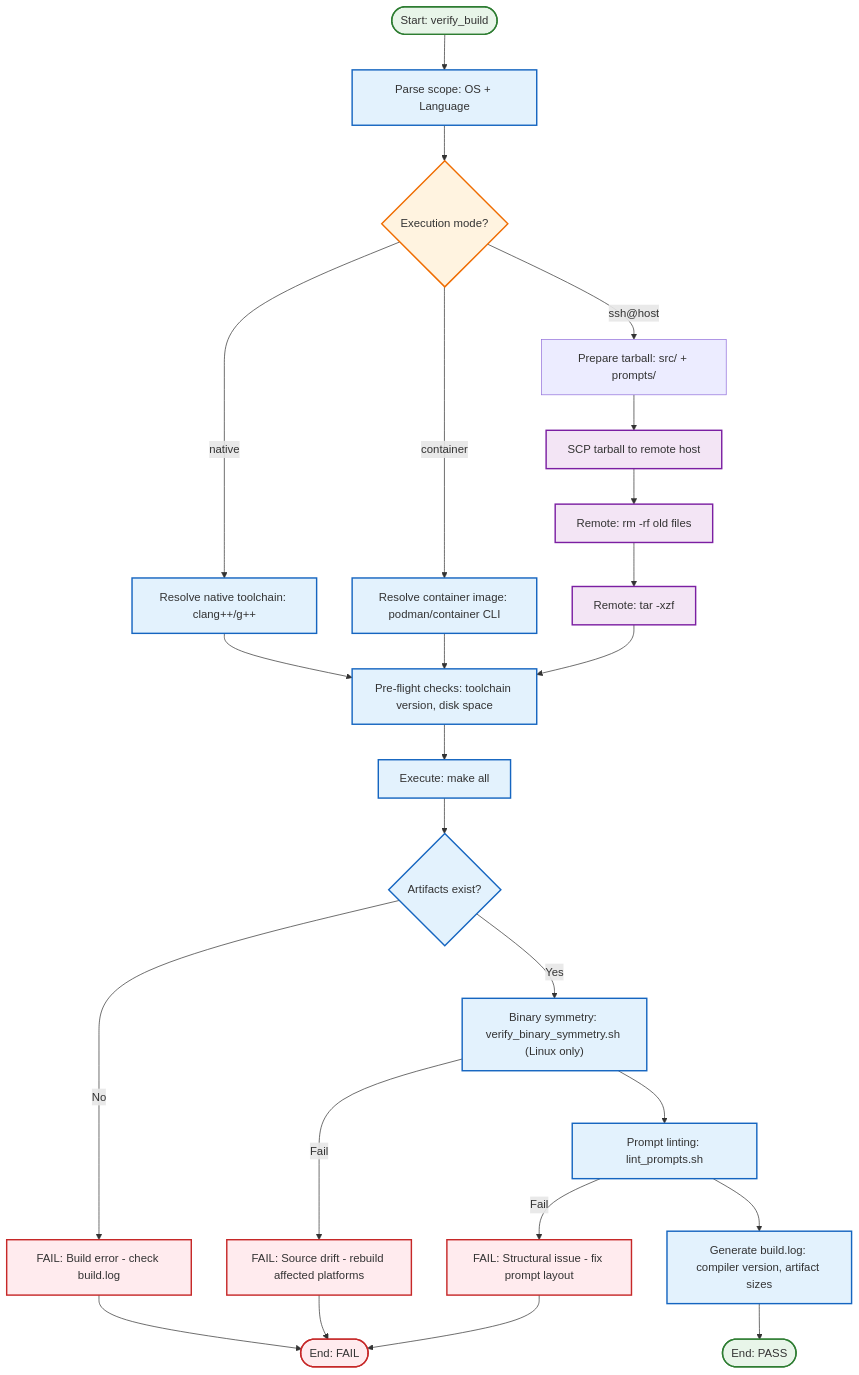
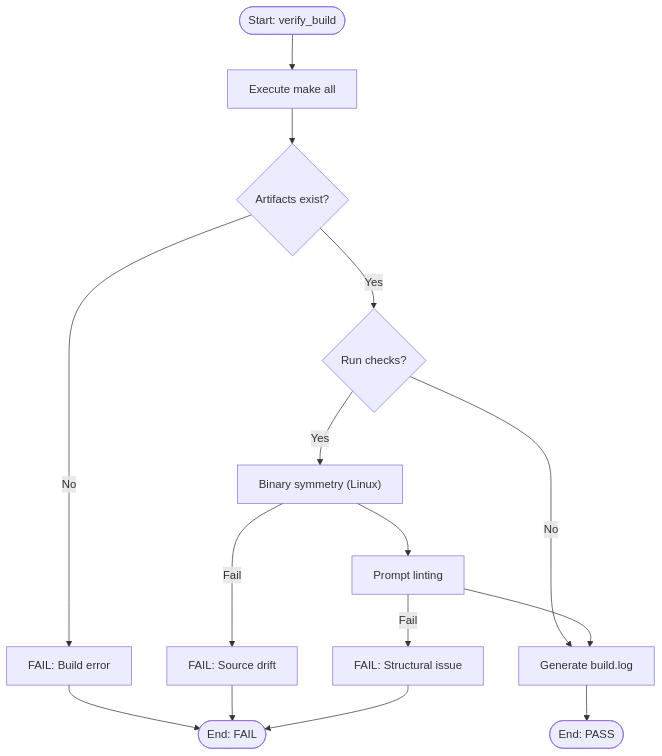
The second of 4 diagrams in ringbuffer/README.md (ebruno/codesamples), drawn with Mermaid before and after one commit. The commit also changed other lines of this file and 2 other files, not shown here.

Commit message:
updated mermaid graphs

````diff
--- a/ringbuffer/README.md
+++ b/ringbuffer/README.md
@@ -794,44 +784,22 @@
 ```mermaid
 flowchart TD
-    Start([Start: verify_build]) --> Scope[Parse scope: OS + Language]
-    Scope --> Mode{Execution mode?}
-    
-    Mode -->|native| Native[Resolve native toolchain: clang++/g++]
-    Mode -->|container| Container[Resolve container image: podman/container CLI]
-    Mode -->|"ssh@host"| SshRemote[Prepare tarball: src/ + prompts/]
-    
-    Native --> PreCheck[Pre-flight checks: toolchain version, disk space]
-    Container --> PreCheck
-    SshRemote --> SCP[SCP tarball to remote host]
-    SCP --> RemoteClean[Remote: rm -rf old files]
-    RemoteClean --> RemoteUnpack[Remote: tar -xzf]
-    RemoteUnpack --> PreCheck
-    
-    PreCheck --> Build[Execute: make all]
+    Start([Start: verify_build]) --> Build[Execute make all]
     Build --> Artifacts{Artifacts exist?}
-    
-    Artifacts -->|No| FailBuild[FAIL: Build error - check build.log]
-    Artifacts -->|Yes| Symmetry["Binary symmetry: verify_binary_symmetry.sh (Linux only)"]
-    Symmetry --> Lint[Prompt linting: lint_prompts.sh]
-    
-    Symmetry -->|Fail| FailSym[FAIL: Source drift - rebuild affected platforms]
-    Lint -->|Fail| FailLint[FAIL: Structural issue - fix prompt layout]
-    
+
+    Artifacts -->|No| FailBuild[FAIL: Build error]
+    Artifacts -->|Yes| Checks{Run checks?}
+
+    Checks -->|No| Report[Generate build.log]
+    Checks -->|Yes| Symmetry["Binary symmetry (Linux)"]
+    Symmetry --> Lint[Prompt linting]
+
+    Symmetry -->|Fail| FailSym[FAIL: Source drift]
+    Lint -->|Fail| FailLint[FAIL: Structural issue]
+
     FailBuild --> EndFail([End: FAIL])
     FailSym --> EndFail
     FailLint --> EndFail
-    
-    Lint --> Report[Generate build.log: compiler version, artifact sizes]
+
+    Lint --> Report
     Report --> EndOK([End: PASS])
-    
-    classDef startend fill:#e8f5e9,stroke:#2e7d32,stroke-width:2px
-    classDef process fill:#e3f2fd,stroke:#1565c0,stroke-width:2px
-    classDef decision fill:#fff3e0,stroke:#ef6c00,stroke-width:2px
-    classDef fail fill:#ffebee,stroke:#c62828,stroke-width:2px
-    classDef ssh fill:#f3e5f5,stroke:#7b1fa2,stroke-width:2px
-    class Start,EndOK startend
-    class Scope,Native,Container,PreCheck,Build,Artifacts,Symmetry,Lint,Report process
-    class Mode,SSH decision
-    class SCP,RemoteClean,RemoteUnpack ssh
-    class FailBuild,FailSym,FailLint,EndFail fail
 ```
````
